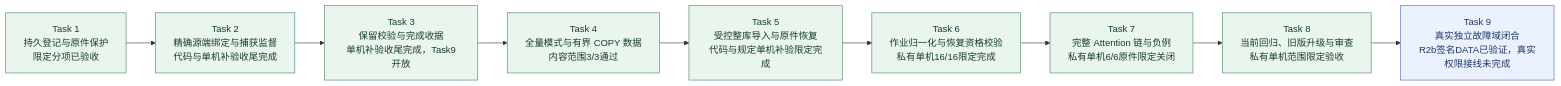
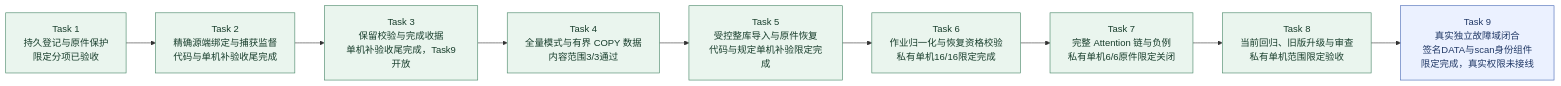
Before and after one commit to MansurnamedZhang/learning-system-p0c4: the second of 9 diagrams in docs/KnowWeave实施路线与系统架构.md, drawn with Mermaid. The commit also changed other lines of this file and 7 other files, not shown here.

````diff
--- a/docs/KnowWeave实施路线与系统架构.md
+++ b/docs/KnowWeave实施路线与系统架构.md
@@ -80,25 +80,25 @@
 ```mermaid
 flowchart LR
     C4T1["Task 1<br/>持久登记与原件保护<br/>限定分项已验收"]
     C4T2["Task 2<br/>精确源端绑定与捕获监督<br/>代码与单机补验收尾完成"]
     C4T3["Task 3<br/>保留校验与完成收据<br/>单机补验收尾完成，Task9开放"]
     C4T4["Task 4<br/>全量模式与有界 COPY 数据<br/>内容范围3/3通过"]
     C4T5["Task 5<br/>受控整库导入与原件恢复<br/>代码与规定单机补验限定完成"]
     C4T6["Task 6<br/>作业归一化与恢复资格校验<br/>私有单机16/16限定完成"]
     C4T7["Task 7<br/>完整 Attention 链与负例<br/>私有单机6/6原件限定关闭"]
     C4T8["Task 8<br/>当前回归、旧版升级与审查<br/>私有单机范围限定验收"]
-    C4T9["Task 9<br/>真实独立故障域闭合<br/>R2b签名DATA已验证，真实权限接线未完成"]
+    C4T9["Task 9<br/>真实独立故障域闭合<br/>签名DATA与scan身份组件限定完成，真实权限未接线"]
     C4T1 --> C4T2
     C4T2 --> C4T3
     C4T3 --> C4T4
     C4T4 --> C4T5
     C4T5 --> C4T6
     C4T6 --> C4T7
     C4T7 --> C4T8
     C4T8 --> C4T9
     class C4T1,C4T2,C4T3,C4T4,C4T5,C4T6,C4T7,C4T8 done
     class C4T9 next
     classDef done fill:#eaf5ee,stroke:#438363,color:#173d2b
     classDef next fill:#ebf1ff,stroke:#4365b4,color:#203866
     classDef planned fill:#f2f4f8,stroke:#8591a3,color:#28354b
 ```
````
